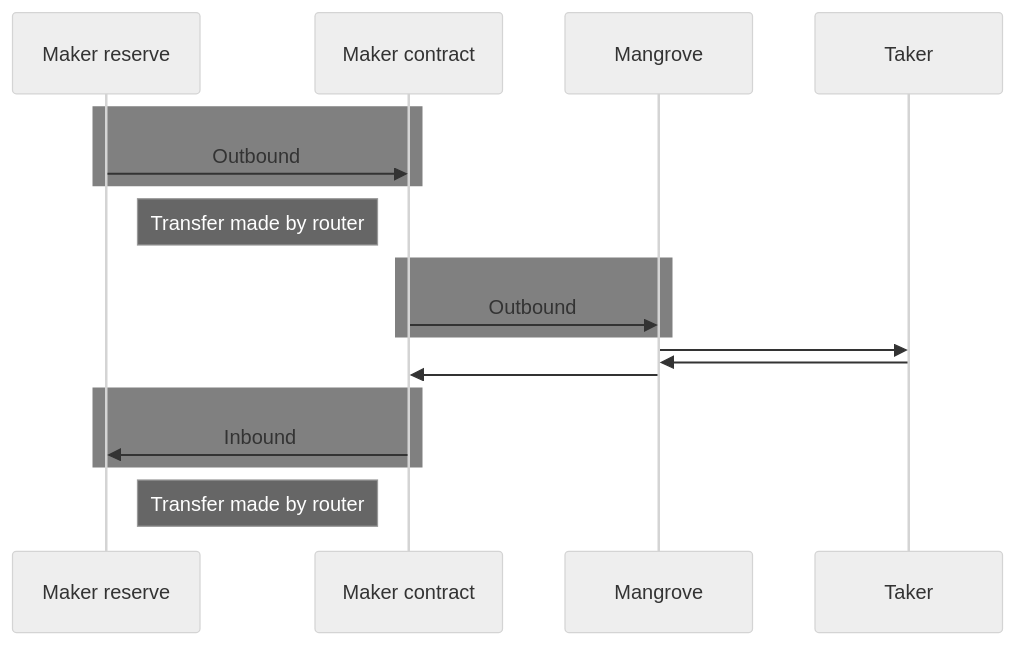
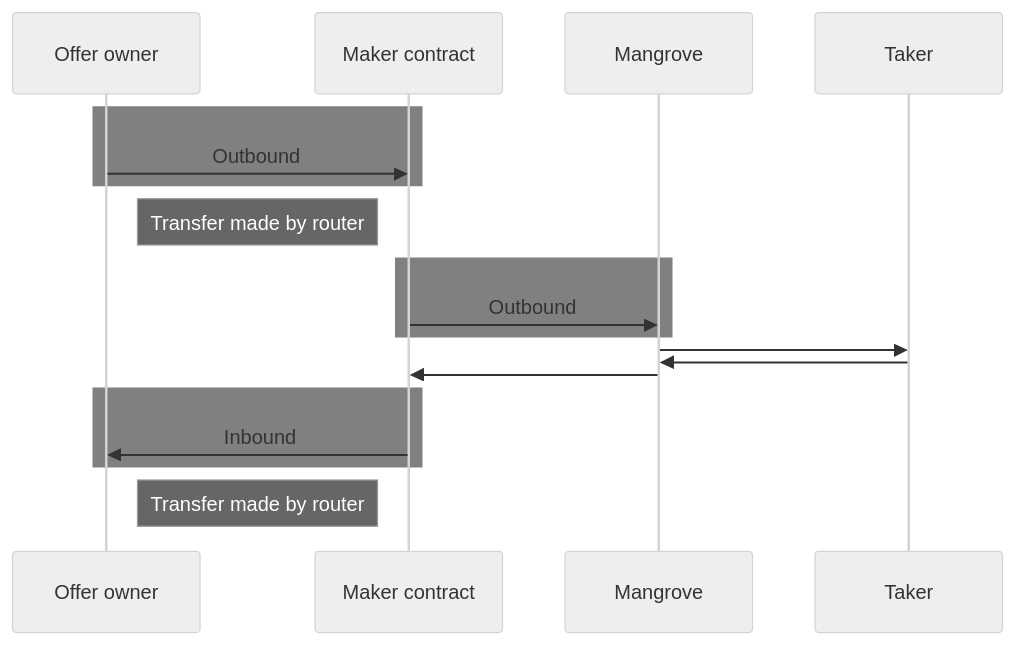
Before and after one commit to giry-dev/mangrove-docs: the diagram in docs/strat-lib/guides/approvals.md, drawn with Mermaid (neutral theme). The commit also changed other lines of this file, not shown here.

````diff
--- a/docs/strat-lib/guides/approvals.md
+++ b/docs/strat-lib/guides/approvals.md
@@ -78,21 +73,21 @@
 ```mermaid
 sequenceDiagram
 
-    participant Maker as Maker reserve
+    participant Maker as Offer owner
     participant MC as Maker contract
 
     rect grey    
     Maker ->> MC: Outbound
     end     
     Note right of Maker: Transfer made by router    
     rect grey
     MC ->> Mangrove : Outbound
     end
     Mangrove ->> Taker: 
     Taker ->> Mangrove: 
     Mangrove ->> MC: 
     rect grey
     MC ->> Maker : Inbound
     end
     Note right of Maker: Transfer made by router
 ```
````
